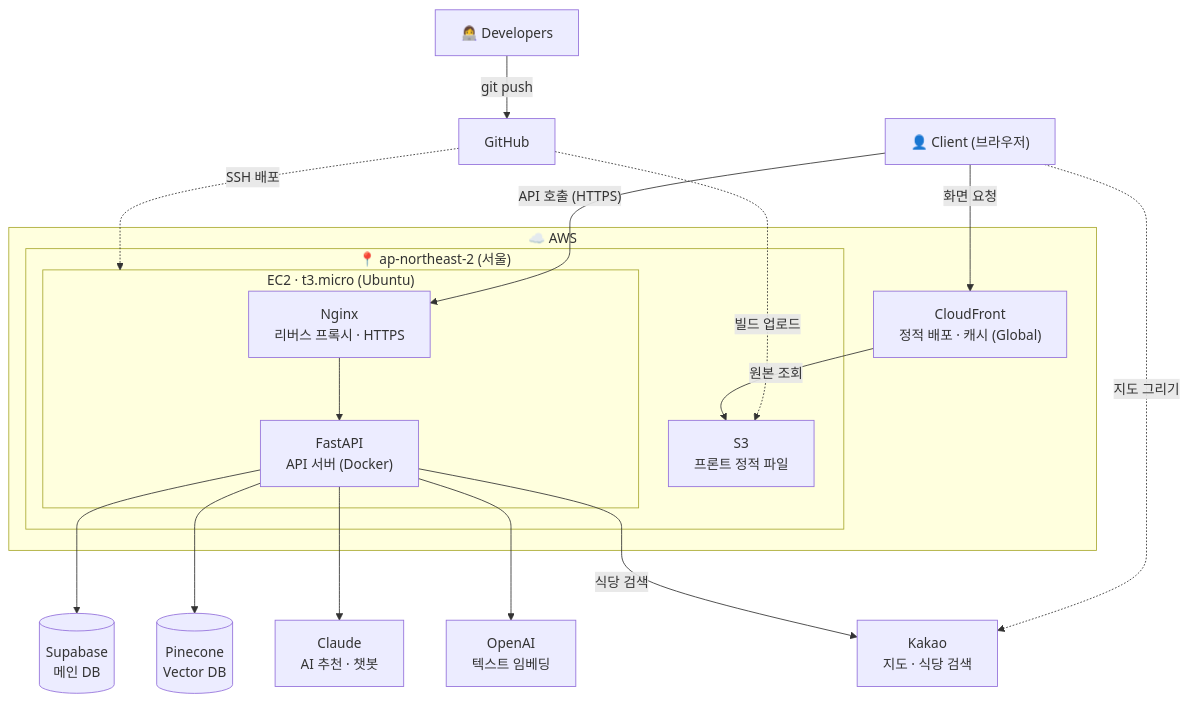
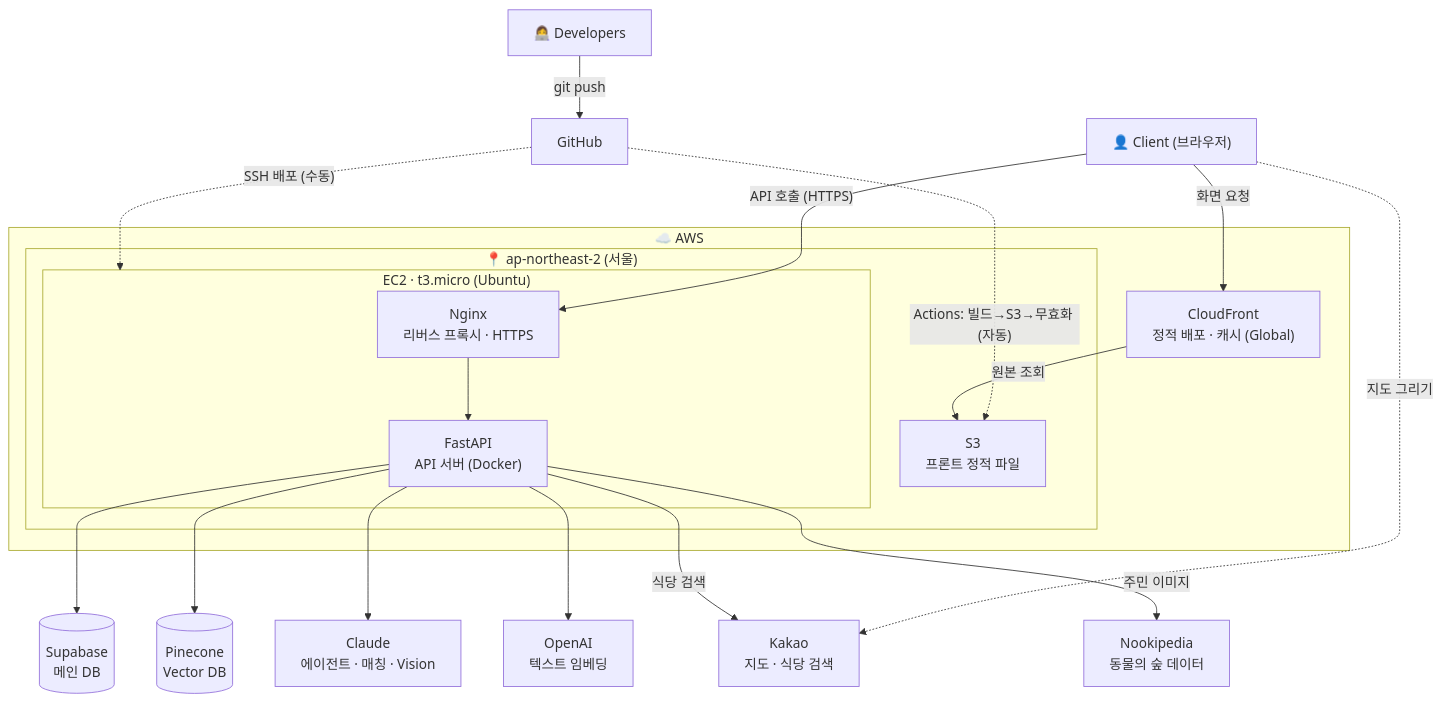
Before and after one commit to hanulkimm/biz-lunch-lab: the fifth of 6 diagrams in README.md, drawn with Mermaid. The commit also changed other lines of this file, not shown here.

First line of the commit message:
docs: README 전면 개편 — AI 에이전트·AWS 클라우드 중심 재구성

````diff
--- a/README.md
+++ b/README.md
@@ -143,27 +176,28 @@
 ```mermaid
 flowchart TD
     Dev["👩‍💻 Developers"] -->|git push| GH["GitHub"]
-    GH -. 빌드 업로드 .-> S3
-    GH -. SSH 배포 .-> EC2
+    GH -. "Actions: 빌드→S3→무효화 (자동)" .-> S3
+    GH -. "SSH 배포 (수동)" .-> EC2
 
     Client["👤 Client (브라우저)"] -->|화면 요청| CF
     Client -->|"API 호출 (HTTPS)"| NGINX
     Client -. 지도 그리기 .-> KAKAO
 
     subgraph AWS["☁️ AWS"]
         CF["CloudFront<br/>정적 배포 · 캐시 (Global)"]
         subgraph REGION["📍 ap-northeast-2 (서울)"]
             S3["S3<br/>프론트 정적 파일"]
             subgraph EC2["EC2 · t3.micro (Ubuntu)"]
                 NGINX["Nginx<br/>리버스 프록시 · HTTPS"] --> API["FastAPI<br/>API 서버 (Docker)"]
             end
         end
         CF -->|원본 조회| S3
     end
 
     API --> DB[("Supabase<br/>메인 DB")]
     API --> VEC[("Pinecone<br/>Vector DB")]
-    API --> LLM["Claude<br/>AI 추천 · 챗봇"]
+    API --> LLM["Claude<br/>에이전트 · 매칭 · Vision"]
     API --> EMB["OpenAI<br/>텍스트 임베딩"]
     API -->|식당 검색| KAKAO["Kakao<br/>지도 · 식당 검색"]
+    API -->|주민 이미지| NOOK["Nookipedia<br/>동물의 숲 데이터"]
 ```
````
